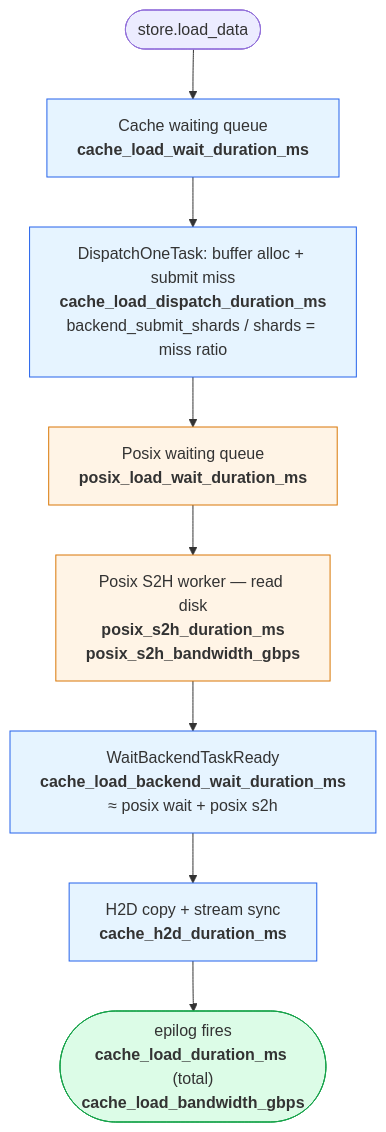
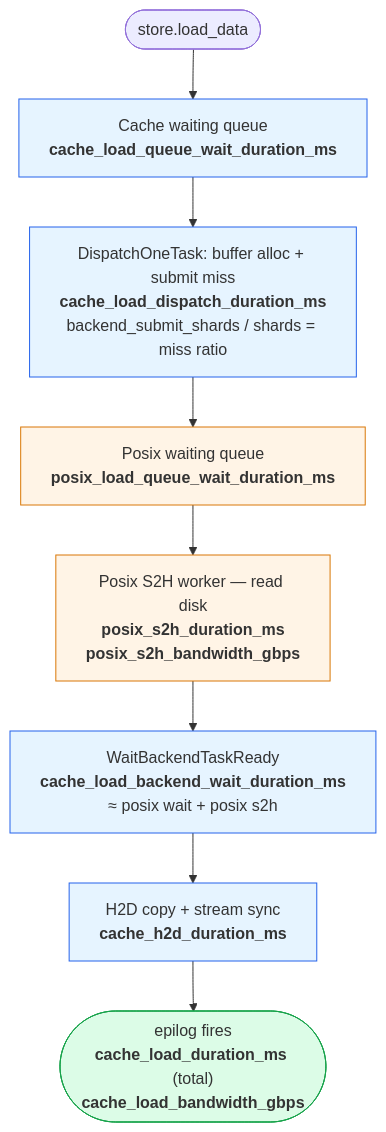
Before and after one commit to ModelEngine-Group/unified-cache-management: the second of 4 diagrams in docs/source/user-guide/metrics/performance_analysis.md, drawn with Mermaid. The commit also changed other lines of this file and 4 other files, not shown here.

Commit message:
Add cache posix breakdown dashboard panels

````diff
--- a/docs/source/user-guide/metrics/performance_analysis.md
+++ b/docs/source/user-guide/metrics/performance_analysis.md
@@ -39,18 +39,18 @@
 ```mermaid
 flowchart TD
     A(["store.load_data"])
-    B["Cache waiting queue<br/><b>cache_load_wait_duration_ms</b>"]
+    B["Cache waiting queue<br/><b>cache_load_queue_wait_duration_ms</b>"]
     C["DispatchOneTask: buffer alloc + submit miss<br/><b>cache_load_dispatch_duration_ms</b><br/>backend_submit_shards / shards = miss ratio"]
-    D["Posix waiting queue<br/><b>posix_load_wait_duration_ms</b>"]
+    D["Posix waiting queue<br/><b>posix_load_queue_wait_duration_ms</b>"]
     E["Posix S2H worker — read disk<br/><b>posix_s2h_duration_ms</b><br/><b>posix_s2h_bandwidth_gbps</b>"]
     F["WaitBackendTaskReady<br/><b>cache_load_backend_wait_duration_ms</b><br/>≈ posix wait + posix s2h"]
     G["H2D copy + stream sync<br/><b>cache_h2d_duration_ms</b>"]
     H(["epilog fires<br/><b>cache_load_duration_ms</b> (total)<br/><b>cache_load_bandwidth_gbps</b>"])
     A --> B --> C --> D --> E --> F --> G --> H
     classDef posix fill:#fff4e6,stroke:#d97706
     classDef cache fill:#e6f4ff,stroke:#2563eb
     classDef done fill:#dcfce7,stroke:#16a34a
     class B,C,F,G cache
     class D,E posix
     class H done
 ```
````
